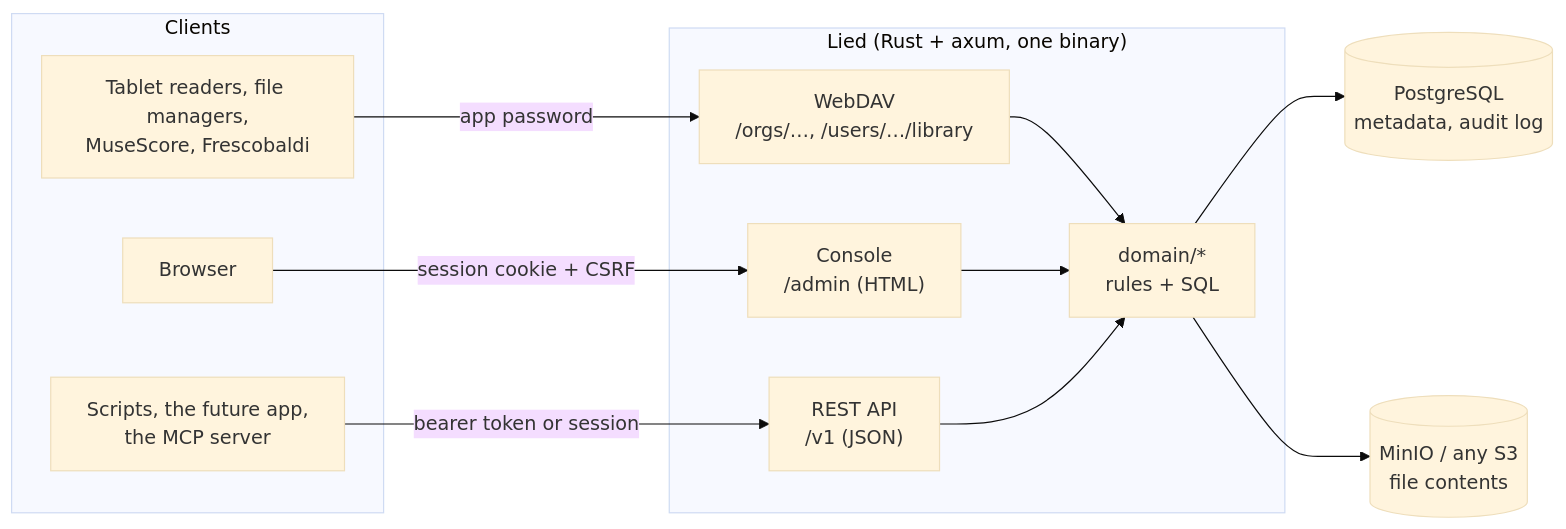
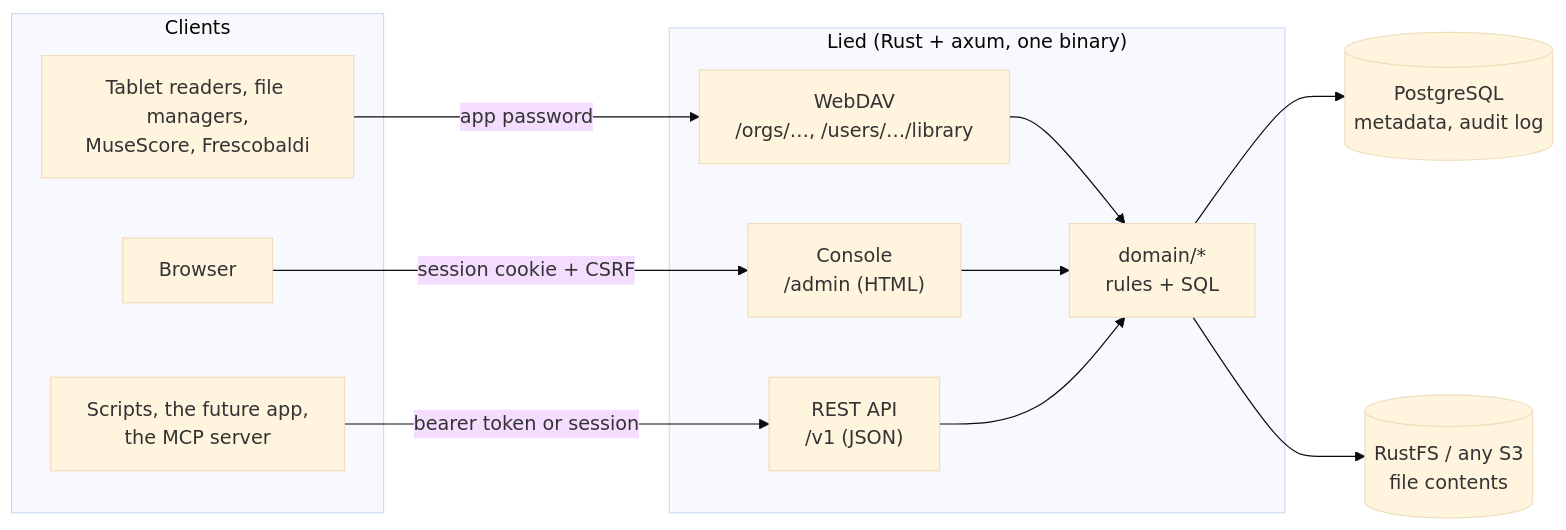
One commit to pekavau/Lied changed the second of 4 diagrams in docs/design.md. Above: the diagram before and after it, drawn with Mermaid (base theme). The commit also changed other lines of this file and 3 other files, not shown here.

````diff
--- a/docs/design.md
+++ b/docs/design.md
@@ -211,22 +211,22 @@
 ```mermaid
 flowchart LR
     subgraph clients[Clients]
         reader["Tablet readers, file managers,<br>MuseScore, Frescobaldi"]
         browser["Browser"]
         api["Scripts, the future app,<br>the MCP server"]
     end
     subgraph lied["Lied (Rust + axum, one binary)"]
         dav["WebDAV<br>/orgs/…, /users/…/library"]
         admin["Console<br>/admin (HTML)"]
         v1["REST API<br>/v1 (JSON)"]
         domain["domain/*<br>rules + SQL"]
     end
     reader -- app password --> dav
     browser -- session cookie + CSRF --> admin
     api -- bearer token or session --> v1
     dav --> domain
     admin --> domain
     v1 --> domain
     domain --> pg[("PostgreSQL<br>metadata, audit log")]
-    domain --> s3[("MinIO / any S3<br>file contents")]
+    domain --> s3[("RustFS / any S3<br>file contents")]
 ```
````
